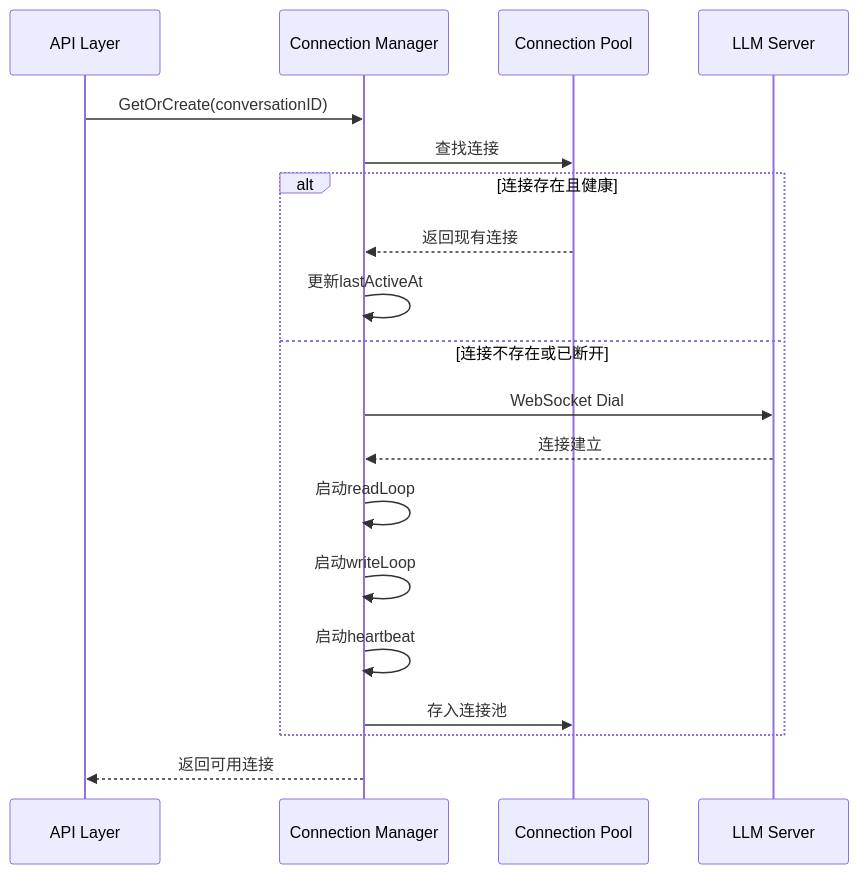
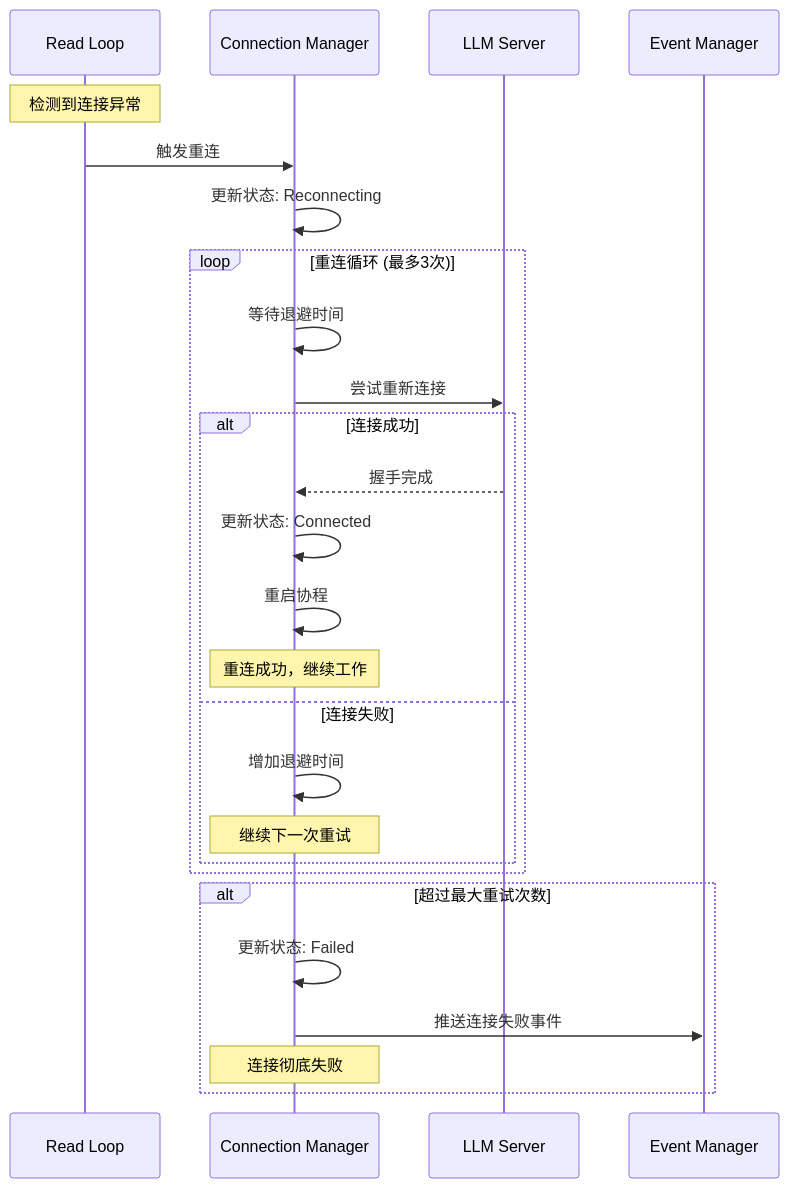
One commit to yingjianzh/iodraw-files changed the diagram in all/未命名-10.md. Above: the diagram before and after it, drawn with Mermaid.

Commit message:
2025-12-26 10:44:11 update

````diff
--- a/all/未命名-10.md
+++ b/all/未命名-10.md
@@ -1,24 +1,32 @@
 ```mermaid
 sequenceDiagram
-    participant API as API Layer
+    participant ReadLoop as Read Loop
     participant ConnMgr as Connection Manager
-    participant Pool as Connection Pool
     participant LLM as LLM Server
+    participant EM as Event Manager
     
-    API->>ConnMgr: GetOrCreate(conversationID)
-    ConnMgr->>Pool: 查找连接
+    Note over ReadLoop: 检测到连接异常
+    ReadLoop->>ConnMgr: 触发重连
+    ConnMgr->>ConnMgr: 更新状态: Reconnecting
     
-    alt 连接存在且健康
-        Pool-->>ConnMgr: 返回现有连接
-        ConnMgr->>ConnMgr: 更新lastActiveAt
-    else 连接不存在或已断开
-        ConnMgr->>LLM: WebSocket Dial
-        LLM-->>ConnMgr: 连接建立
-        ConnMgr->>ConnMgr: 启动readLoop
-        ConnMgr->>ConnMgr: 启动writeLoop
-        ConnMgr->>ConnMgr: 启动heartbeat
-        ConnMgr->>Pool: 存入连接池
+    loop 重连循环 (最多3次)
+        ConnMgr->>ConnMgr: 等待退避时间
+        ConnMgr->>LLM: 尝试重新连接
+        
+        alt 连接成功
+            LLM-->>ConnMgr: 握手完成
+            ConnMgr->>ConnMgr: 更新状态: Connected
+            ConnMgr->>ConnMgr: 重启协程
+            Note over ConnMgr: 重连成功，继续工作
+        else 连接失败
+            ConnMgr->>ConnMgr: 增加退避时间
+            Note over ConnMgr: 继续下一次重试
+        end
     end
     
-    ConnMgr-->>API: 返回可用连接
+    alt 超过最大重试次数
+        ConnMgr->>ConnMgr: 更新状态: Failed
+        ConnMgr->>EM: 推送连接失败事件
+        Note over ConnMgr: 连接彻底失败
+    end
 ```
````
